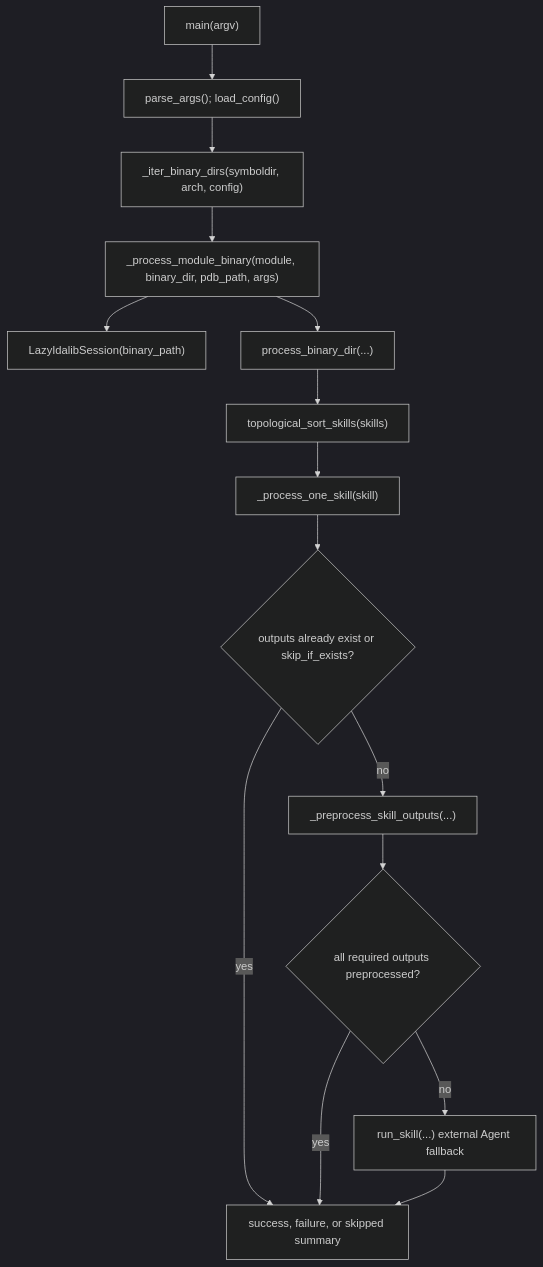
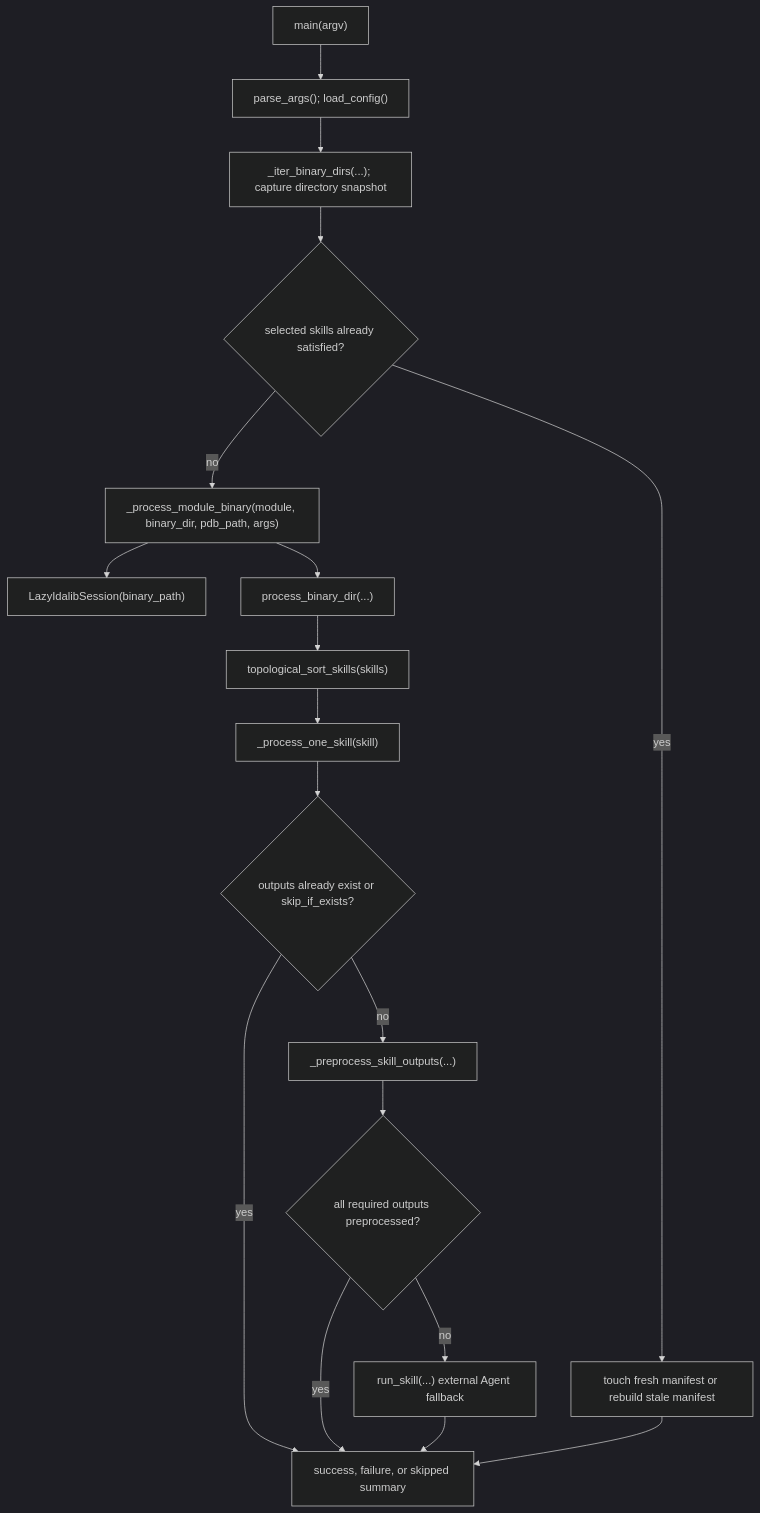
Before and after one commit to HLND2T/kphtools: the diagram in memory/dump_symbols.md, drawn with Mermaid (dark theme). The commit also changed other lines of this file and 4 other files, not shown here.

````diff
--- a/memory/dump_symbols.md
+++ b/memory/dump_symbols.md
@@ -37,30 +37,35 @@
 ```mermaid
 flowchart TD
     A["main(argv)"]
     B["parse_args(); load_config()"]
-    C["_iter_binary_dirs(symboldir, arch, config)"]
+    C["_iter_binary_dirs(...); capture directory snapshot"]
+    N{"selected skills already satisfied?"}
+    O["touch fresh manifest or rebuild stale manifest"]
     D["_process_module_binary(module, binary_dir, pdb_path, args)"]
     E["LazyIdalibSession(binary_path)"]
     F["process_binary_dir(...)"]
     G["topological_sort_skills(skills)"]
     H["_process_one_skill(skill)"]
     I{"outputs already exist or skip_if_exists?"}
     J["_preprocess_skill_outputs(...)"]
     K{"all required outputs preprocessed?"}
     L["run_skill(...) external Agent fallback"]
     M["success, failure, or skipped summary"]
     A --> B
     B --> C
-    C --> D
+    C --> N
+    N -->|yes| O
+    N -->|no| D
     D --> E
     D --> F
     F --> G
     G --> H
     H --> I
     I -->|"yes"| M
     I -->|"no"| J
     J --> K
     K -->|"yes"| M
     K -->|"no"| L
     L --> M
+    O --> M
 ```
````
